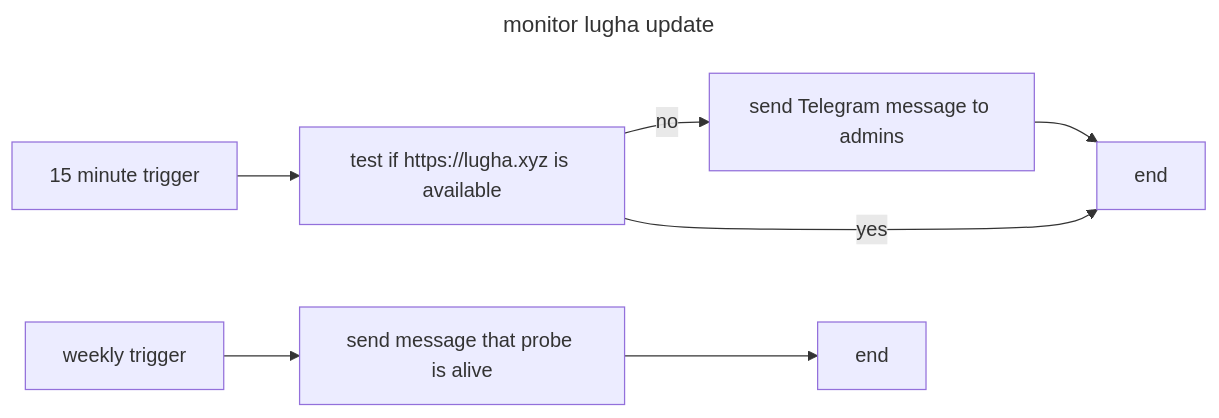
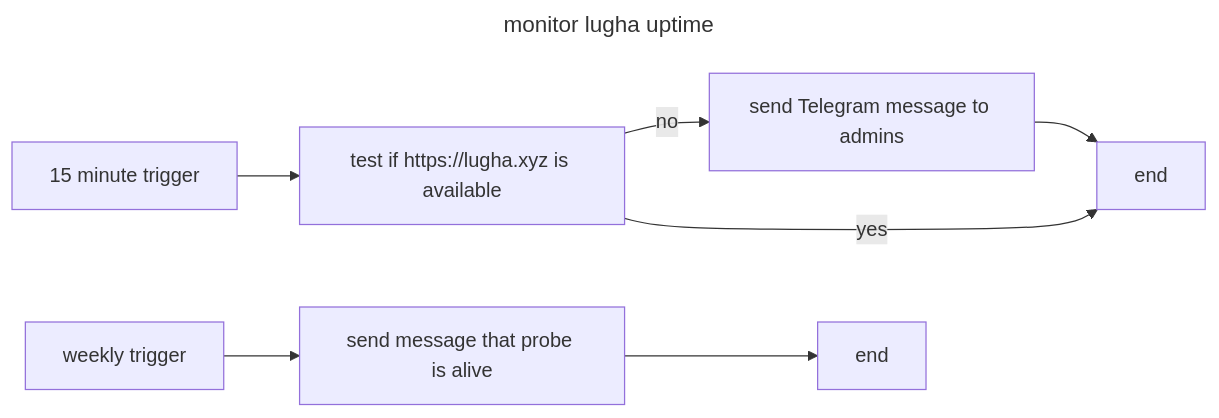
Before and after one commit to khaldoun-xyz/standard: the second of 3 diagrams in docs/processes.md, drawn with Mermaid. The commit also changed other lines of this file, not shown here.

```diff
--- a/docs/processes.md
+++ b/docs/processes.md
@@ -93,12 +90,12 @@
 ~~~mermaid
 ---
-title: monitor lugha update 
+title: monitor lugha uptime 
 ---
 flowchart LR
   A[15 minute trigger] --> B[test if https://lugha.xyz is available]
   B --> |no| C[send Telegram message to admins]
   B --> |yes| D[end]
   C --> D[end]
   E[weekly trigger] --> F[send message that probe is alive]
   F --> G[end]
 ~~~
```
